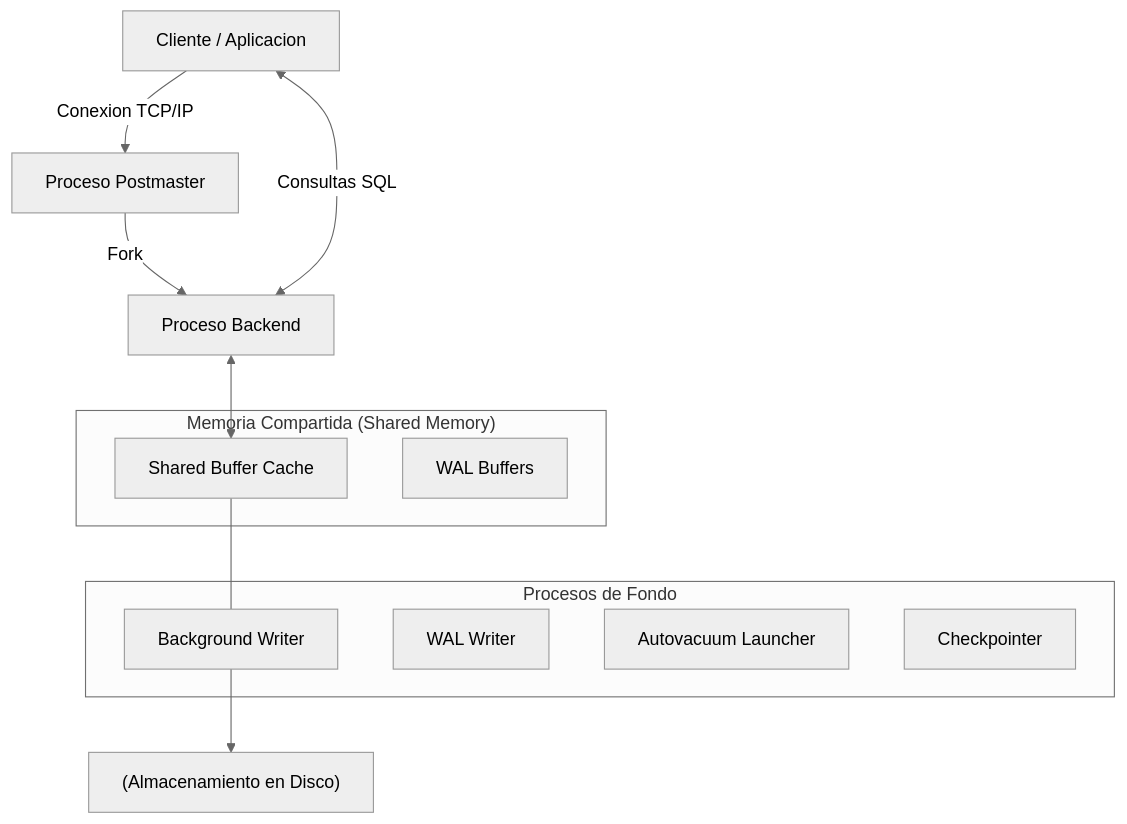
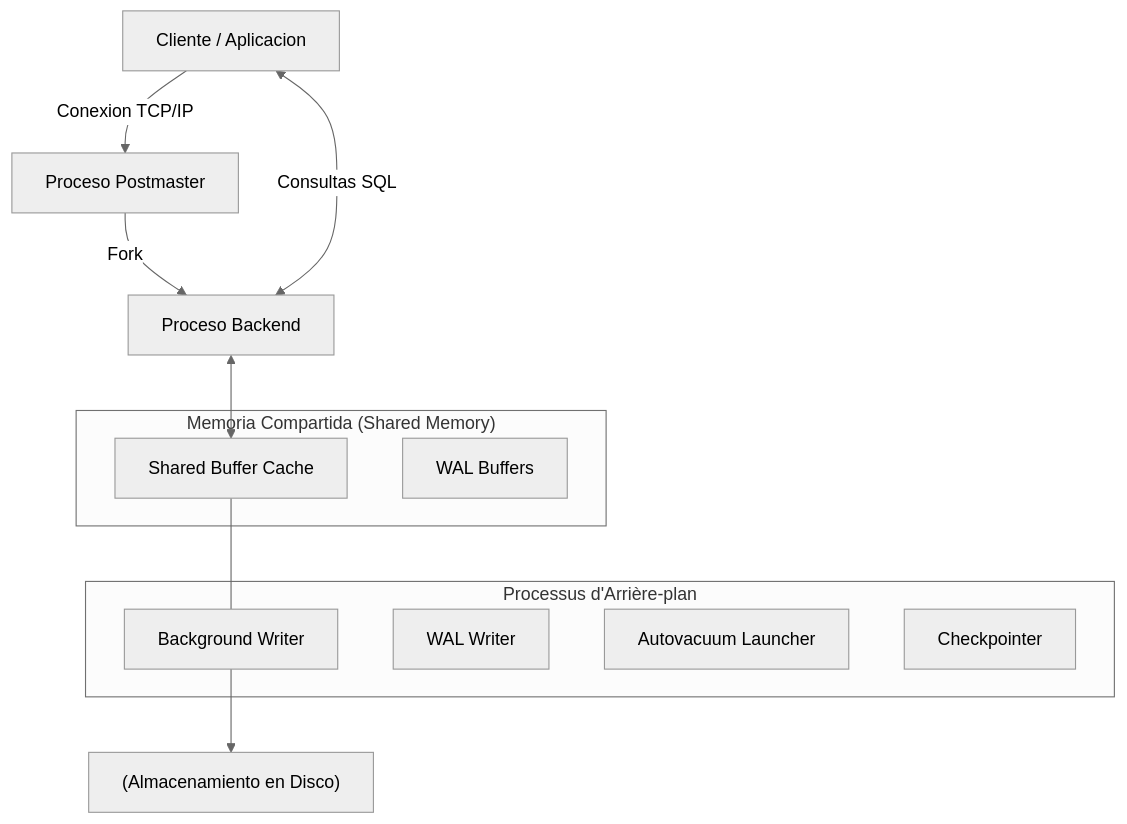
One commit to gjpierp/nmergeia changed the diagram in public/docs/fr/postgres_inicial.md. Above: the diagram before and after it, drawn with Mermaid (neutral theme). The commit also changed other lines of this file and 230 other files, not shown here.

````diff
--- a/public/docs/fr/postgres_inicial.md
+++ b/public/docs/fr/postgres_inicial.md
@@ -11,19 +11,19 @@
 ```mermaid
 flowchart TD
 Client["Cliente / Aplicacion"] -->|"Conexion TCP/IP"| Postmaster["Proceso Postmaster"]
 Postmaster -->|"Fork"| Backend["Proceso Backend"]
 Client <-->|"Consultas SQL"| Backend
 subgraph sub_1 ["Memoria Compartida (Shared Memory)"]
 BufferCache["Shared Buffer Cache"]
 WALBuffer["WAL Buffers"]
 end
 Backend <--> BufferCache
-subgraph sub_2 ["Procesos de Fondo"]
+subgraph sub_2 ["Processus d'Arrière-plan"]
 Writer["Background Writer"]
 WALWriter["WAL Writer"]
 Autovacuum["Autovacuum Launcher"]
 Checkpointer["Checkpointer"]
 end
 BufferCache --- Writer
 Writer --> Disco["(Almacenamiento en Disco)"]
 ```
````
